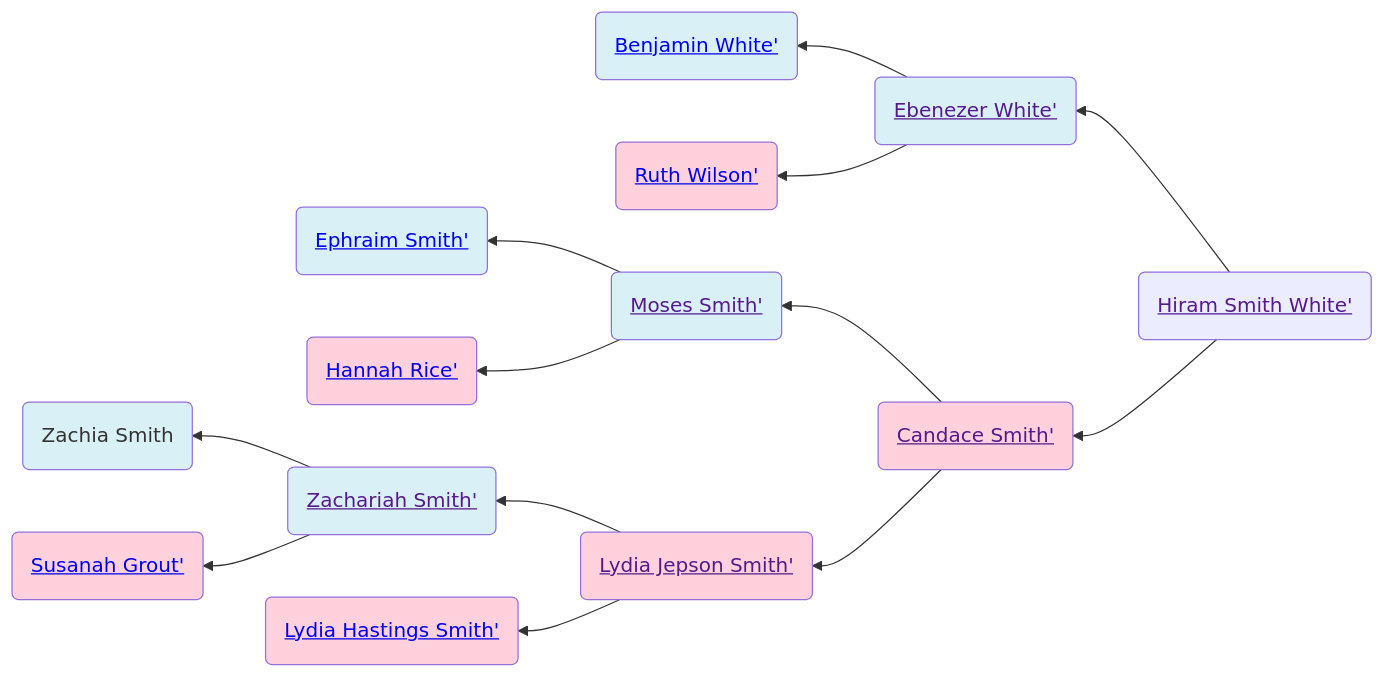
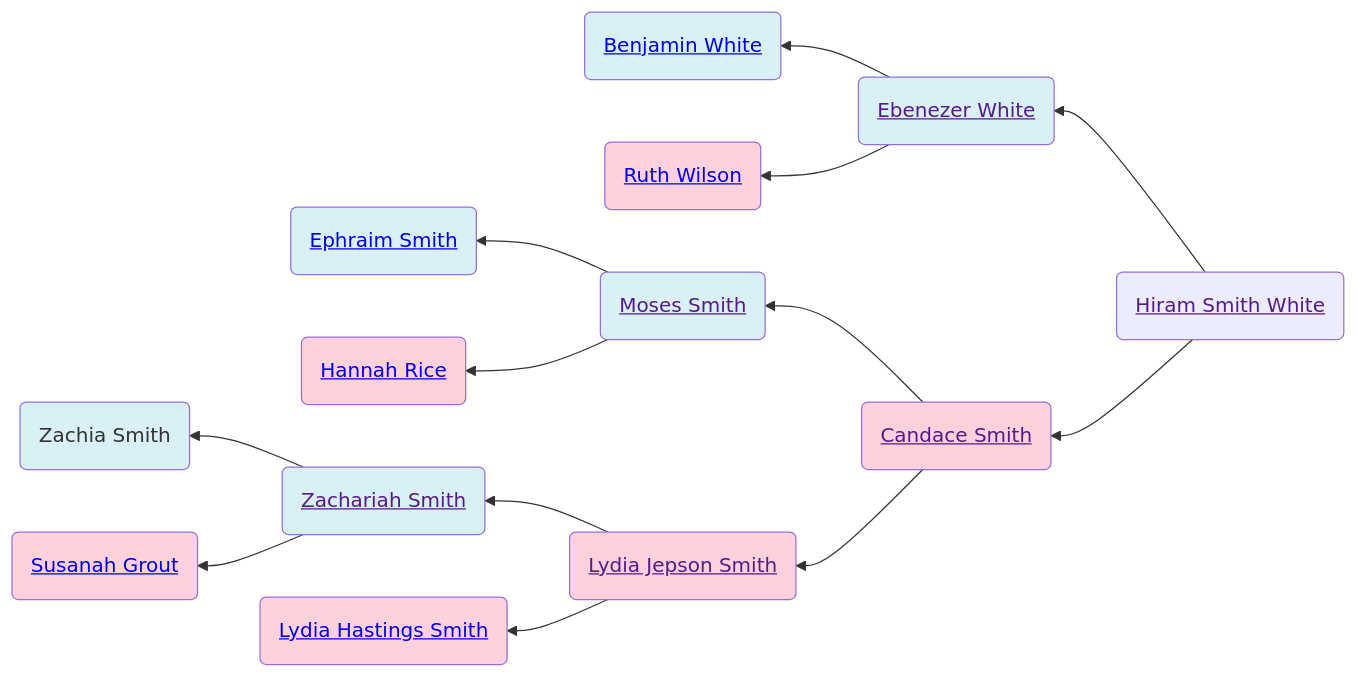
Before and after one commit to neelsmith/avocational: the diagram in familyhistory/sources/people/Merrill-line/White-line/Hiram_Smith_White.qmd, drawn with Mermaid. The commit also changed 96 other files, not shown here.

````diff
--- a/familyhistory/sources/people/Merrill-line/White-line/Hiram_Smith_White.qmd
+++ b/familyhistory/sources/people/Merrill-line/White-line/Hiram_Smith_White.qmd
@@ -19,32 +19,32 @@
 ```{mermaid}
 graph RL
 %% RL ancestor diagram
-Hiram_Smith_White(<a href=''>Hiram Smith White'</>) -->  Ebenezer_White(<a href='./Ebenezer_White.html'>Ebenezer White'</>)
-Ebenezer_White(<a href=''>Ebenezer White'</>) -->  Benjamin_White(<a href='./Benjamin_White.html'>Benjamin White'</>)
+Hiram_Smith_White(<a href=''>Hiram Smith White</a>) -->  Ebenezer_White(<a href='./Ebenezer_White.html'>Ebenezer White</a>)
+Ebenezer_White(<a href=''>Ebenezer White</a>) -->  Benjamin_White(<a href='./Benjamin_White.html'>Benjamin White</a>)
 class Benjamin_White father
-Ebenezer_White(<a href=''>Ebenezer White'</>)  --> Ruth_Wilson(<a href='./Wilson-line/Ruth_Wilson.html'>Ruth Wilson'</>)
+Ebenezer_White(<a href=''>Ebenezer White</a>)  --> Ruth_Wilson(<a href='./Wilson-line/Ruth_Wilson.html'>Ruth Wilson</a>)
 class Ruth_Wilson mother
 class Ebenezer_White father
-Hiram_Smith_White(<a href=''>Hiram Smith White'</>)  --> Candace_Smith(<a href='./Candace-Smith-line/Candace_Smith.html'>Candace Smith'</>)
-Candace_Smith(<a href=''>Candace Smith'</>) -->  Moses_Smith(<a href='./../../../Moses_Smith_connections/Moses_Smith.html'>Moses Smith'</>)
-Moses_Smith(<a href=''>Moses Smith'</>) -->  Ephraim_Smith(<a href='./../Merrill-line/White-line/Candace-Smith-line/Ephraim_Smith.html'>Ephraim Smith'</>)
+Hiram_Smith_White(<a href=''>Hiram Smith White</a>)  --> Candace_Smith(<a href='./Candace-Smith-line/Candace_Smith.html'>Candace Smith</a>)
+Candace_Smith(<a href=''>Candace Smith</a>) -->  Moses_Smith(<a href='./../../../Moses_Smith_connections/Moses_Smith.html'>Moses Smith</a>)
+Moses_Smith(<a href=''>Moses Smith</a>) -->  Ephraim_Smith(<a href='./../Merrill-line/White-line/Candace-Smith-line/Ephraim_Smith.html'>Ephraim Smith</a>)
 class Ephraim_Smith father
-Moses_Smith(<a href=''>Moses Smith'</>)  --> Hannah_Rice(<a href='./../Merrill-line/White-line/Candace-Smith-line/Hannah_Rice.html'>Hannah Rice'</>)
+Moses_Smith(<a href=''>Moses Smith</a>)  --> Hannah_Rice(<a href='./../Merrill-line/White-line/Candace-Smith-line/Hannah_Rice.html'>Hannah Rice</a>)
 class Hannah_Rice mother
 class Moses_Smith father
-Candace_Smith(<a href=''>Candace Smith'</>)  --> Lydia_Jepson_Smith(<a href='./Lydia_Jepson_Smith.html'>Lydia Jepson Smith'</>)
-Lydia_Jepson_Smith(<a href=''>Lydia Jepson Smith'</>) -->  Zachariah_Smith(<a href='./Zachariah_Smith.html'>Zachariah Smith'</>)
-Zachariah_Smith(<a href=''>Zachariah Smith'</>) -->  Zachia_Smith(Zachia Smith)
+Candace_Smith(<a href=''>Candace Smith</a>)  --> Lydia_Jepson_Smith(<a href='./Lydia_Jepson_Smith.html'>Lydia Jepson Smith</a>)
+Lydia_Jepson_Smith(<a href=''>Lydia Jepson Smith</a>) -->  Zachariah_Smith(<a href='./Zachariah_Smith.html'>Zachariah Smith</a>)
+Zachariah_Smith(<a href=''>Zachariah Smith</a>) -->  Zachia_Smith(Zachia Smith)
 class Zachia_Smith father
-Zachariah_Smith(<a href=''>Zachariah Smith'</>)  --> Susanah_Grout(<a href='./../../Susanah_Grout.html'>Susanah Grout'</>)
+Zachariah_Smith(<a href=''>Zachariah Smith</a>)  --> Susanah_Grout(<a href='./../../Susanah_Grout.html'>Susanah Grout</a>)
 class Susanah_Grout mother
 class Zachariah_Smith father
-Lydia_Jepson_Smith(<a href=''>Lydia Jepson Smith'</>)  --> Lydia_Hastings_Smith(<a href='./Lydia_Hastings_Smith.html'>Lydia Hastings Smith'</>)
+Lydia_Jepson_Smith(<a href=''>Lydia Jepson Smith</a>)  --> Lydia_Hastings_Smith(<a href='./Lydia_Hastings_Smith.html'>Lydia Hastings Smith</a>)
 class Lydia_Hastings_Smith mother
 class Lydia_Jepson_Smith mother
 class Candace_Smith mother
 classDef mother fill:#ffd1dc
 classDef father fill:#daf0f7  
 classDef marriage fill:#ffffff
 
 ```
````
